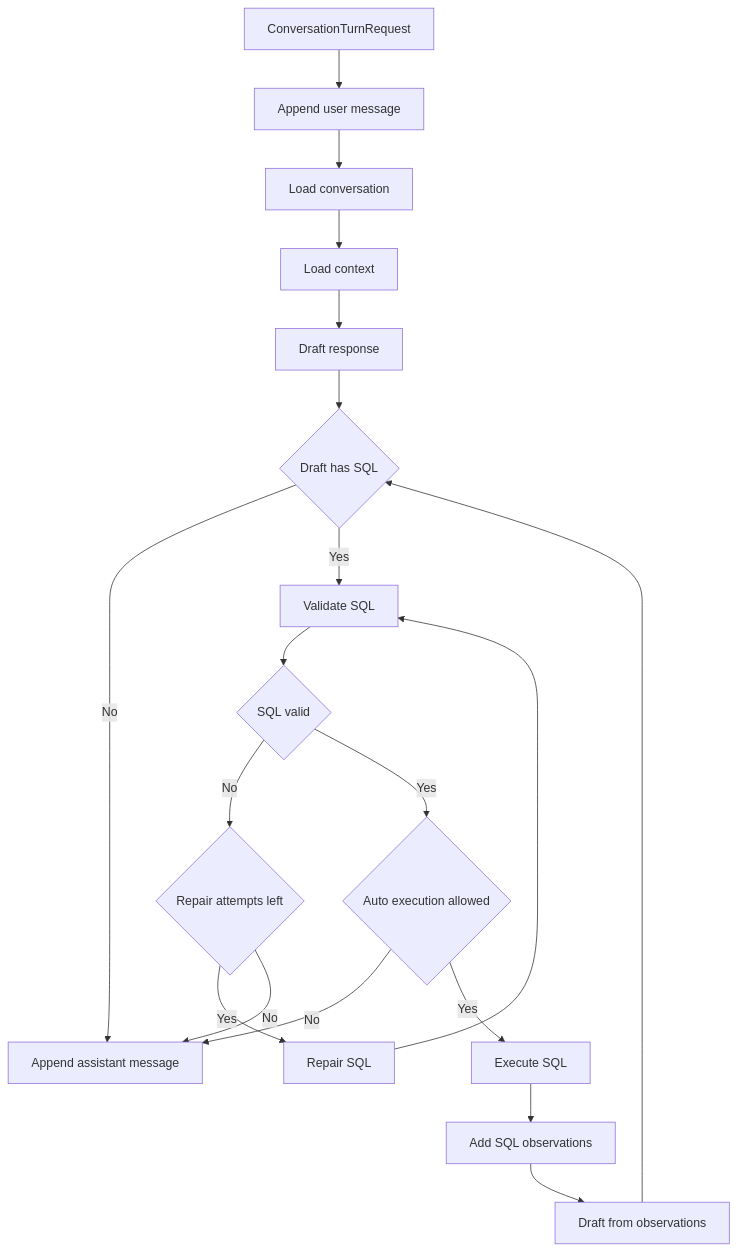
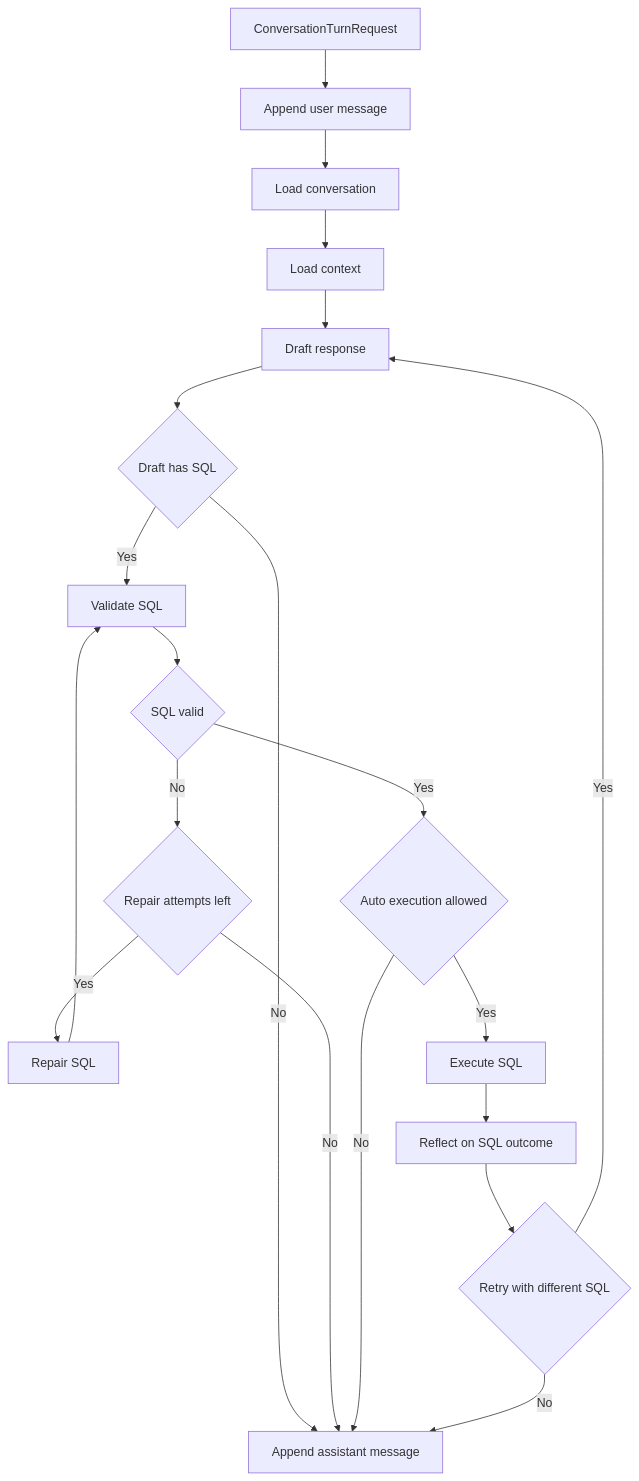
The fourth of 4 diagrams in superset_ai_agent/ARCHITECTURE.md (lucasisnotcool/superset), drawn with Mermaid before and after one commit. The commit also changed other lines of this file and 7 other files, not shown here.

````diff
--- a/superset_ai_agent/ARCHITECTURE.md
+++ b/superset_ai_agent/ARCHITECTURE.md
@@ -221,37 +223,38 @@
 ```mermaid
 graph TD
   start[ConversationTurnRequest]
   save_user[Append user message]
   load_conversation[Load conversation]
   load_context[Load context]
   draft[Draft response]
   needs_sql{Draft has SQL}
   validate[Validate SQL]
   valid{SQL valid}
   can_repair{Repair attempts left}
   repair[Repair SQL]
   can_execute{Auto execution allowed}
   execute[Execute SQL]
-  observe[Add SQL observations]
-  redraft[Draft from observations]
+  reflect[Reflect on SQL outcome]
+  retry{Retry with different SQL}
   save_assistant[Append assistant message]
 
   start --> save_user
   save_user --> load_conversation
   load_conversation --> load_context
   load_context --> draft
   draft --> needs_sql
   needs_sql -->|No| save_assistant
   needs_sql -->|Yes| validate
   validate --> valid
   valid -->|No| can_repair
   can_repair -->|Yes| repair
   repair --> validate
   can_repair -->|No| save_assistant
   valid -->|Yes| can_execute
   can_execute -->|No| save_assistant
   can_execute -->|Yes| execute
-  execute --> observe
-  observe --> redraft
-  redraft --> needs_sql
+  execute --> reflect
+  reflect --> retry
+  retry -->|Yes| draft
+  retry -->|No| save_assistant
 ```
````
